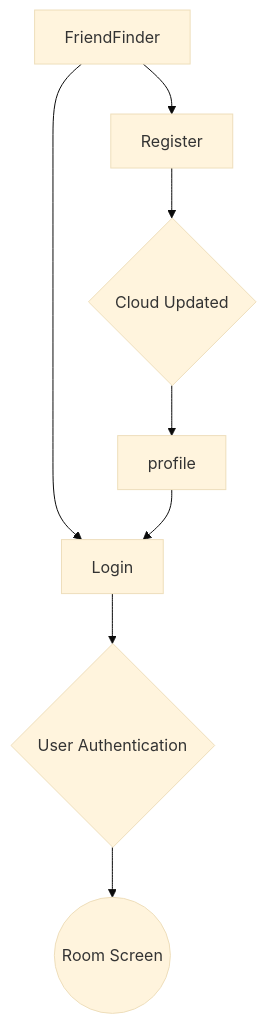
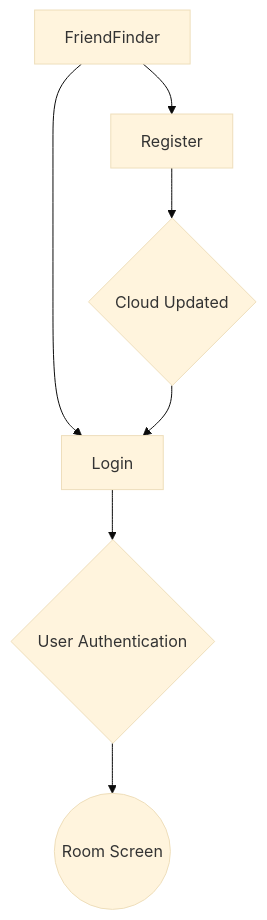
The diagram in README.md (nsweatlas/mahallahfriendfinder), drawn with Mermaid (base theme) before and after one commit.

````diff
--- a/README.md
+++ b/README.md
@@ -34,11 +34,10 @@
 ```mermaid
 graph
 A[FriendFinder] 
 A --> B[Login]
 B --> D{User Authentication}
 A --> C[Register]
 C --> F{Cloud Updated}
-F --> G[profile]
-G --> B
+F --> B
 D --> E((Room Screen))
 ```
````
